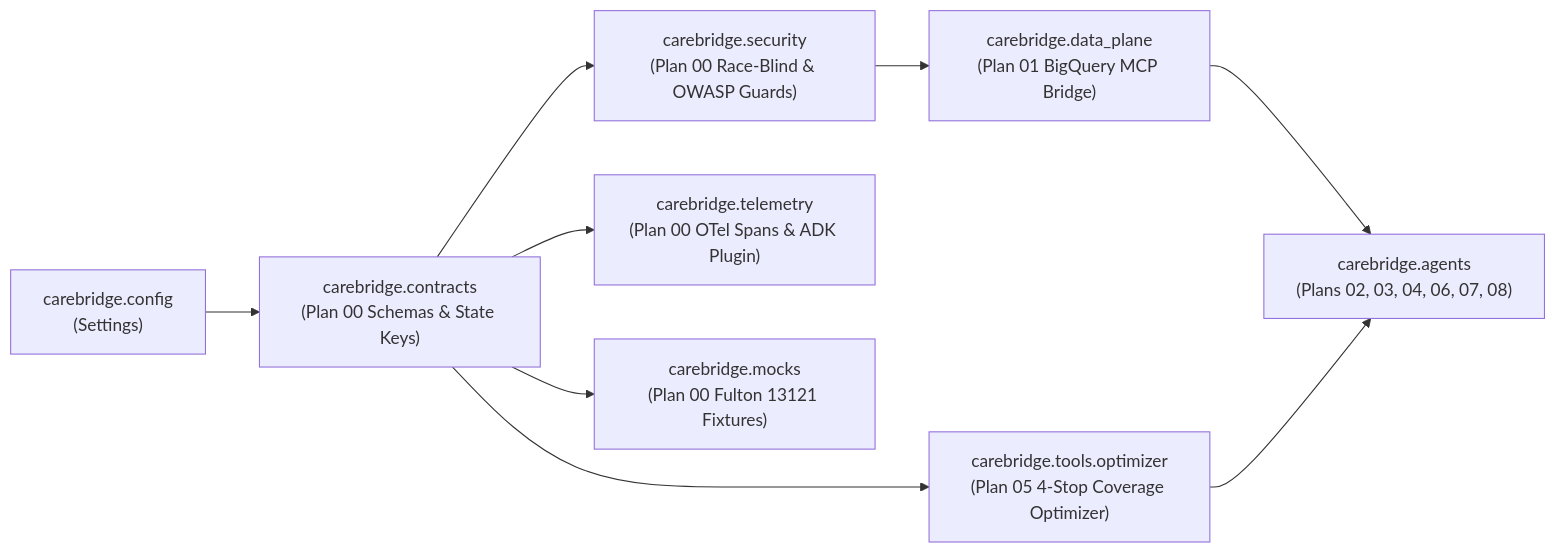
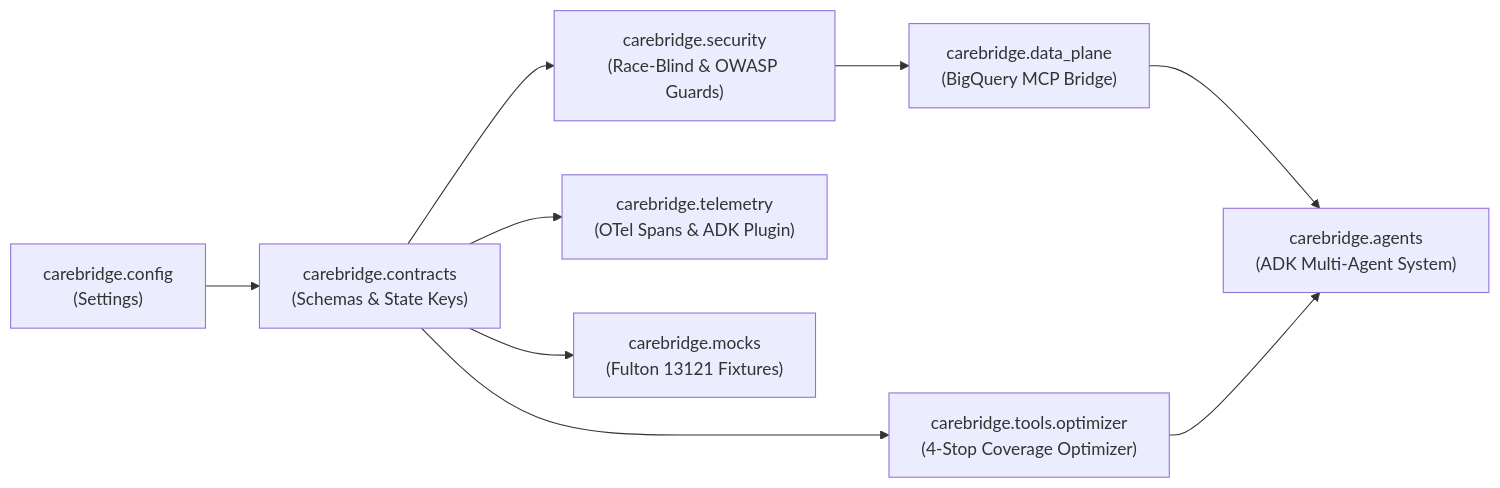
One commit to s4mannem/care-bridge-repo changed the diagram in carebridge/README.md. Above: the diagram before and after it, drawn with Mermaid. The commit also changed other lines of this file and 42 other files, not shown here.

````diff
--- a/carebridge/README.md
+++ b/carebridge/README.md
@@ -9,11 +9,11 @@
 ```mermaid
 graph LR
-    Config["carebridge.config<br/>(Settings)"] --> Contracts["carebridge.contracts<br/>(Plan 00 Schemas & State Keys)"]
-    Contracts --> Security["carebridge.security<br/>(Plan 00 Race-Blind & OWASP Guards)"]
-    Contracts --> Telemetry["carebridge.telemetry<br/>(Plan 00 OTel Spans & ADK Plugin)"]
-    Contracts --> Mocks["carebridge.mocks<br/>(Plan 00 Fulton 13121 Fixtures)"]
-    Security --> DataPlane["carebridge.data_plane<br/>(Plan 01 BigQuery MCP Bridge)"]
-    DataPlane --> Agents["carebridge.agents<br/>(Plans 02, 03, 04, 06, 07, 08)"]
-    Contracts --> Optimizer["carebridge.tools.optimizer<br/>(Plan 05 4-Stop Coverage Optimizer)"]
+    Config["carebridge.config<br/>(Settings)"] --> Contracts["carebridge.contracts<br/>(Schemas & State Keys)"]
+    Contracts --> Security["carebridge.security<br/>(Race-Blind & OWASP Guards)"]
+    Contracts --> Telemetry["carebridge.telemetry<br/>(OTel Spans & ADK Plugin)"]
+    Contracts --> Mocks["carebridge.mocks<br/>(Fulton 13121 Fixtures)"]
+    Security --> DataPlane["carebridge.data_plane<br/>(BigQuery MCP Bridge)"]
+    DataPlane --> Agents["carebridge.agents<br/>(ADK Multi-Agent System)"]
+    Contracts --> Optimizer["carebridge.tools.optimizer<br/>(4-Stop Coverage Optimizer)"]
     Optimizer --> Agents
 ```
````
